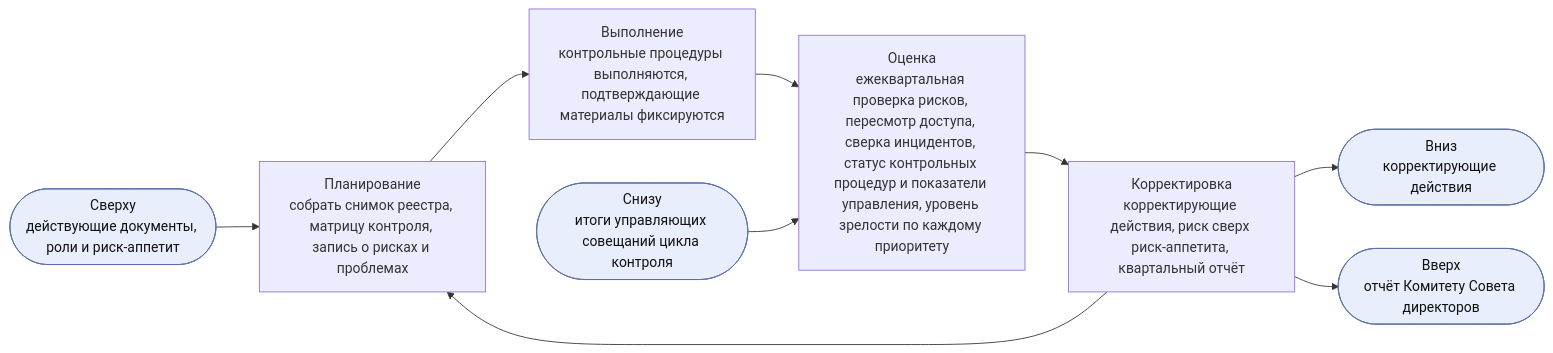
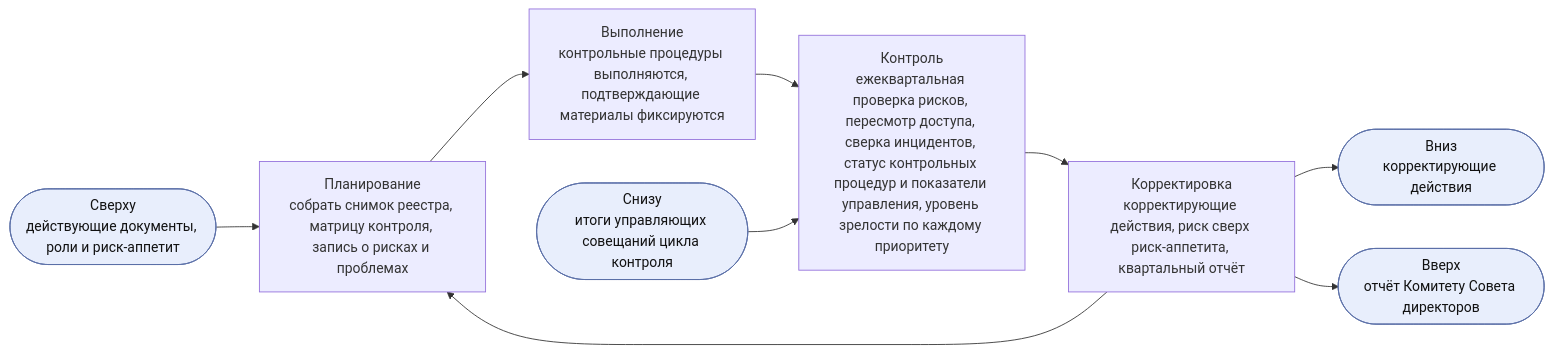
One commit to devhogu/ob-aicc changed the third of 8 diagrams in charter/ru/documents/operating-model.md. Above: the diagram before and after it, drawn with Mermaid. The commit also changed other lines of this file and 249 other files, not shown here.

````diff
--- a/charter/ru/documents/operating-model.md
+++ b/charter/ru/documents/operating-model.md
@@ -189,9 +189,9 @@
 ```mermaid
 flowchart LR
   IN(["Сверху<br/>действующие документы, роли и риск-аппетит"]):::iface --> P
-  P["Планирование<br/>собрать снимок реестра, матрицу контроля, запись о рисках и проблемах"] --> D["Выполнение<br/>контрольные процедуры выполняются, подтверждающие материалы фиксируются"] --> C["Оценка<br/>ежеквартальная проверка рисков, пересмотр доступа, сверка инцидентов, статус контрольных процедур и показатели управления, уровень зрелости по каждому приоритету"] --> A["Корректировка<br/>корректирующие действия, риск сверх риск-аппетита, квартальный отчёт"] --> P
+  P["Планирование<br/>собрать снимок реестра, матрицу контроля, запись о рисках и проблемах"] --> D["Выполнение<br/>контрольные процедуры выполняются, подтверждающие материалы фиксируются"] --> C["Контроль<br/>ежеквартальная проверка рисков, пересмотр доступа, сверка инцидентов, статус контрольных процедур и показатели управления, уровень зрелости по каждому приоритету"] --> A["Корректировка<br/>корректирующие действия, риск сверх риск-аппетита, квартальный отчёт"] --> P
   EV(["Снизу<br/>итоги управляющих совещаний цикла контроля"]):::iface --> C
   A --> OUT(["Вниз<br/>корректирующие действия"]):::iface
   A --> UP(["Вверх<br/>отчёт Комитету Совета директоров"]):::iface
   classDef iface fill:#e8eefc,stroke:#5a6fa8,color:#111
 ```
````
